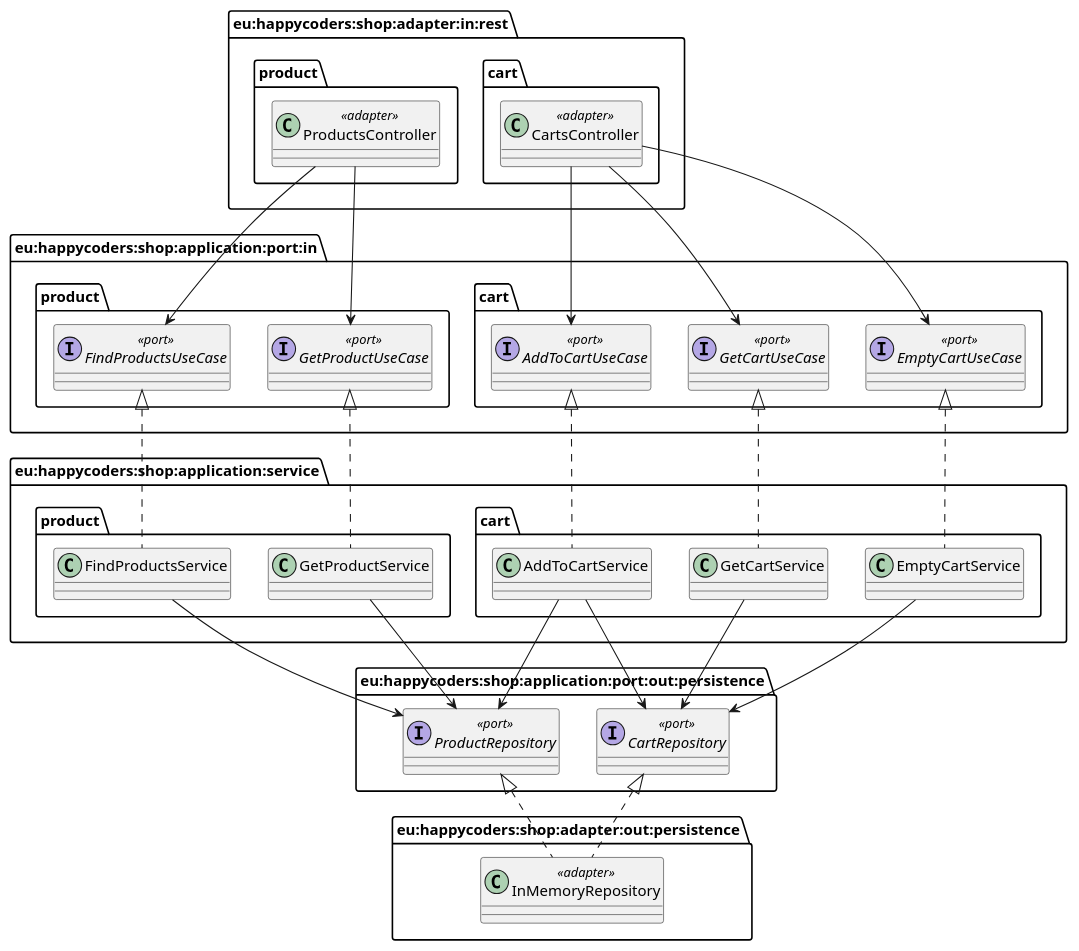
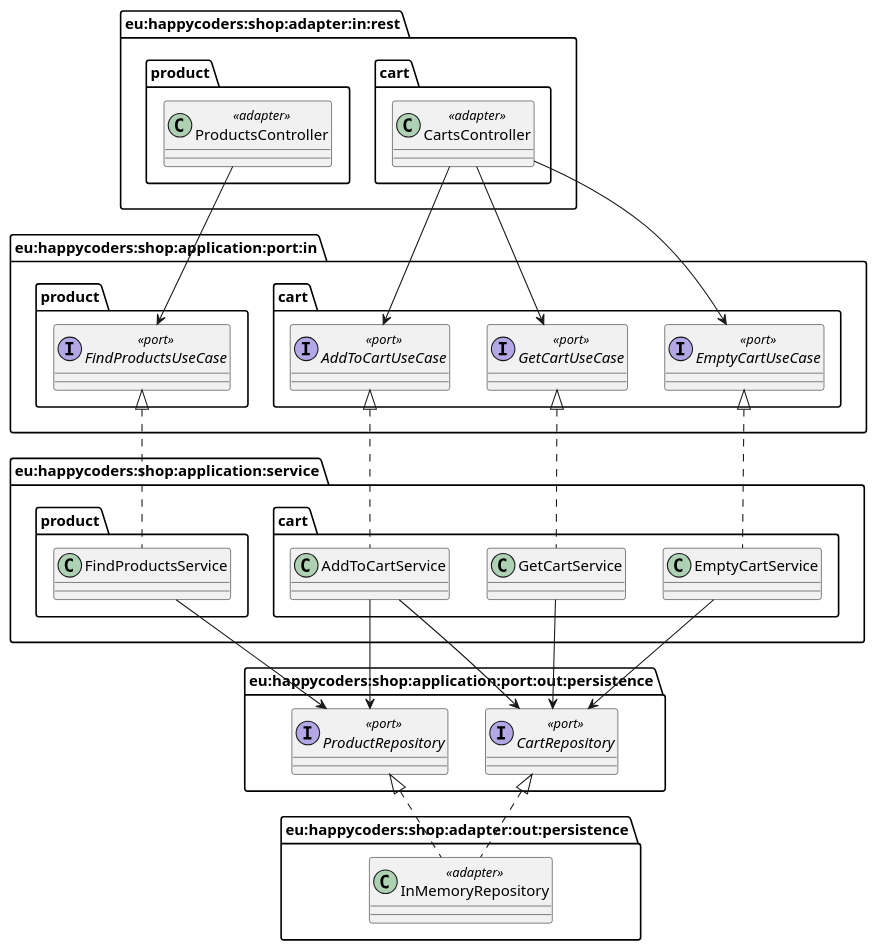
One commit to SvenWoltmann/hexagonal-architecture-java changed the diagram in doc/ports-and-services-and-adapters-alt.plantuml. Above: the diagram before and after it, drawn with PlantUML. The commit also changed 11 other files, not shown here.

Commit message:
Remove GetProducts use case, service, controller

```diff
--- a/doc/ports-and-services-and-adapters-alt.plantuml
+++ b/doc/ports-and-services-and-adapters-alt.plantuml
@@ -1,61 +1,57 @@
 @startuml
 package "eu:happycoders:shop:adapter:in:rest" {
     package "cart" {
         class CartsController<<adapter>> {}
     }
     package "product" {
         class ProductsController<<adapter>> {}
     }
 }
 
 package "eu:happycoders:shop:application:port:in" {
     package "cart" {
         interface EmptyCartUseCase<<port>> {}
         interface GetCartUseCase<<port>> {}
         interface AddToCartUseCase<<port>> {}
 
         CartsController --> EmptyCartUseCase
         CartsController --> GetCartUseCase
         CartsController --> AddToCartUseCase
     }
     package "product" {
-        interface GetProductUseCase<<port>> {}
         interface FindProductsUseCase<<port>>
 
-        ProductsController --> GetProductUseCase
         ProductsController --> FindProductsUseCase
     }
 }
 
 package "eu:happycoders:shop:application:service" {
     package "cart" {
         EmptyCartUseCase <|.. EmptyCartService
         GetCartUseCase <|.. GetCartService
         AddToCartUseCase <|.. AddToCartService
     }
     package "product" {
-        GetProductUseCase <|.. GetProductService
         FindProductsUseCase <|.. FindProductsService
     }
 }
 
 package "eu:happycoders:shop:application:port:out:persistence" {
         interface CartRepository<<port>>
         interface ProductRepository<<port>>
 
         AddToCartService --> CartRepository
         AddToCartService --> ProductRepository
         EmptyCartService --> CartRepository
         GetCartService --> CartRepository
 
         FindProductsService --> ProductRepository
-        GetProductService --> ProductRepository
 }
 
 package "eu:happycoders:shop:adapter:out:persistence" {
         class InMemoryRepository<<adapter>> {}
 
         CartRepository <|.. InMemoryRepository
         ProductRepository <|.. InMemoryRepository
 }
 @enduml
```
